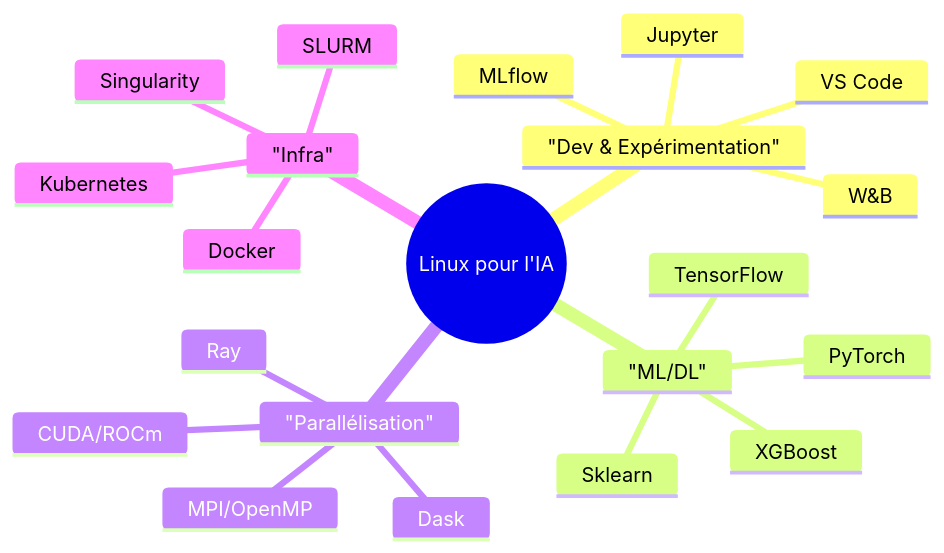
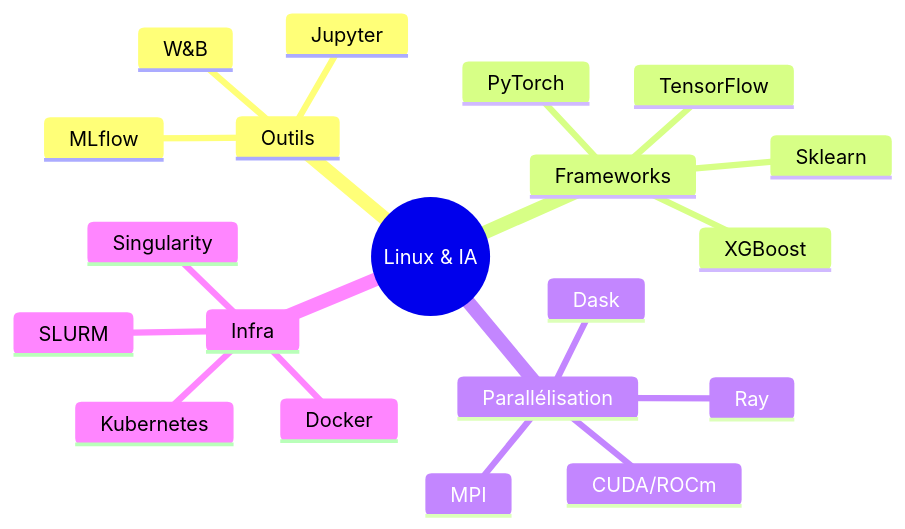
The second of 3 diagrams in 01-mise-en-place-ecosysteme-IA/Module 0 — Introduction à l’écosystème/0.1 - Introduction à Linux pour l'Intelligence Artificielle.md (haythem-rehouma/G1299), drawn with Mermaid before and after one commit. The commit also changed other lines of this file, not shown here.

Commit message:
Update 0.1 - Introduction à Linux pour l'Intelligence Artificielle.md

````diff
--- a/01-mise-en-place-ecosysteme-IA/Module 0 — Introduction à l’écosystème/0.1 - Introduction à Linux pour l'Intelligence Artificielle.md
+++ b/01-mise-en-place-ecosysteme-IA/Module 0 — Introduction à l’écosystème/0.1 - Introduction à Linux pour l'Intelligence Artificielle.md
@@ -72,24 +59,23 @@
 ```mermaid
 mindmap
-root((Linux pour l'IA))
-  "Dev & Expérimentation"
+root((Linux & IA))
+  Outils
     Jupyter
-    VS Code
     MLflow
     W&B
-  "ML/DL"
+  Frameworks
     PyTorch
     TensorFlow
     Sklearn
     XGBoost
-  "Parallélisation"
+  Parallélisation
     CUDA/ROCm
     Dask
     Ray
-    MPI/OpenMP
-  "Infra"
+    MPI
+  Infra
     Docker
     Kubernetes
     SLURM
     Singularity
 ```
````
